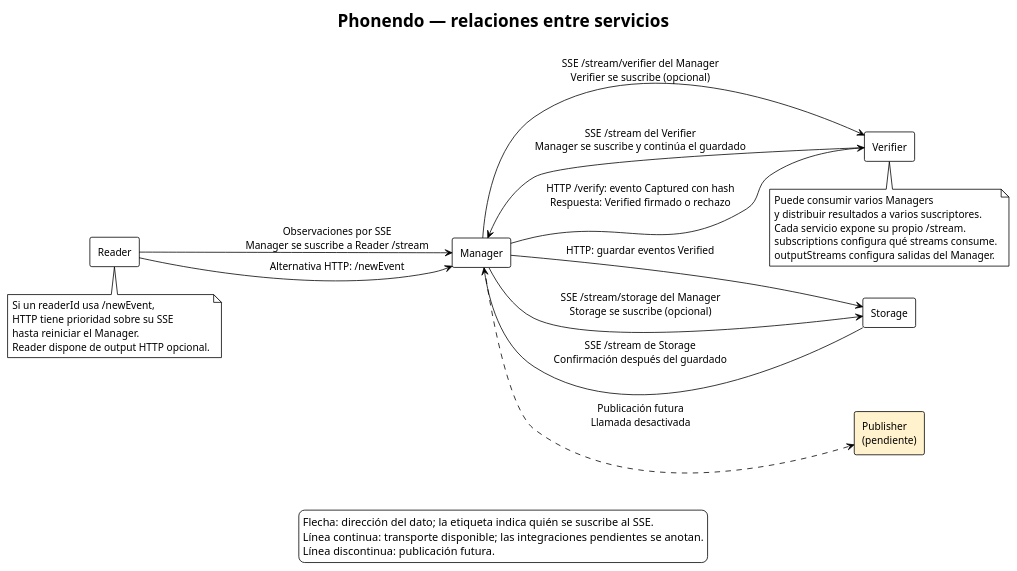
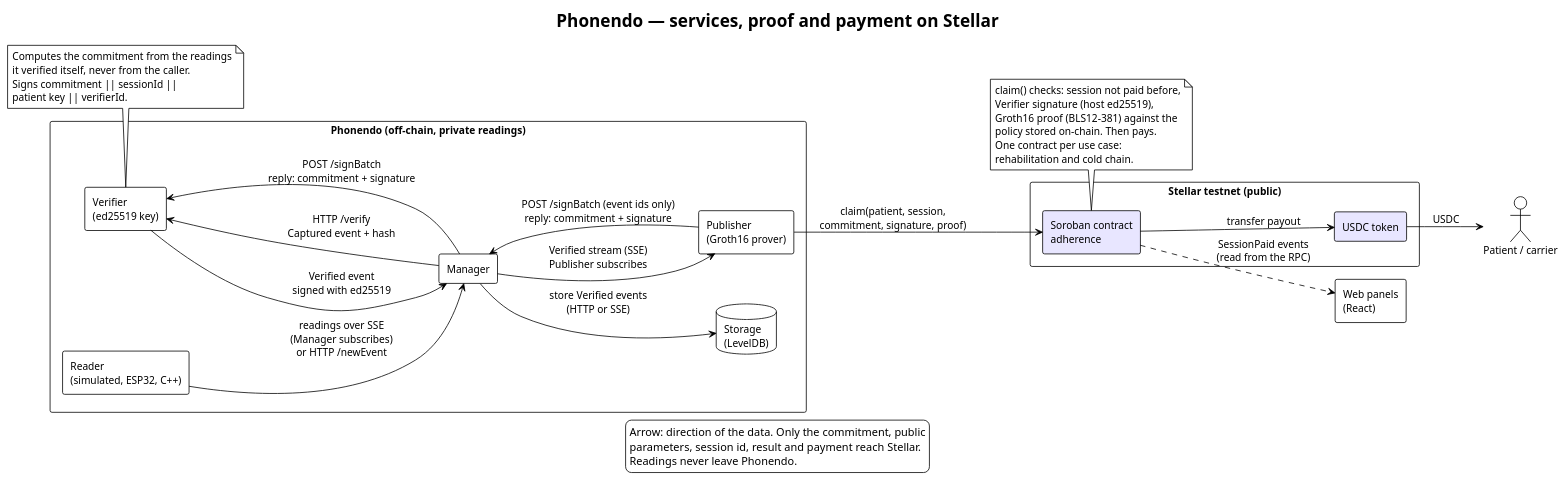
Before and after one commit to ParriCode/phonedo: the diagram in docs/phonendo.plantuml, drawn with PlantUML. The commit also changed 12 other files, not shown here.

Commit message:
Docs: diagrams with Publisher and Stellar, presentation in English and updated to 5-reading batches, overview.md removed

```diff
--- a/docs/phonendo.plantuml
+++ b/docs/phonendo.plantuml
@@ -1,45 +1,59 @@
 @startuml phonendo
 !theme plain
 left to right direction
 skinparam componentStyle rectangle
 skinparam shadowing false
 skinparam defaultFontSize 13
-title Phonendo — relaciones entre servicios
+skinparam packageStyle rectangle
+title Phonendo — services, proof and payment on Stellar
 
-component Reader as R
-component Manager as M
-component Verifier as V
-component Storage as S
-component "Publisher\n(pendiente)" as P #FFF2CC
+package "Phonendo (off-chain, private readings)" {
+  component "Reader\n(simulated, ESP32, C++)" as R
+  component Manager as M
+  component "Verifier\n(ed25519 key)" as V
+  database "Storage\n(LevelDB)" as S
+  component "Publisher\n(Groth16 prover)" as P
+}
 
-R --> M : Observaciones por SSE\nManager se suscribe a Reader /stream
-R --> M : Alternativa HTTP: /newEvent
-M --> V : HTTP /verify: evento Captured con hash\nRespuesta: Verified firmado o rechazo
-M --> V : SSE /stream/verifier del Manager\nVerifier se suscribe (opcional)
-V --> M : SSE /stream del Verifier\nManager se suscribe y continúa el guardado
-M --> S : HTTP: guardar eventos Verified
-M --> S : SSE /stream/storage del Manager\nStorage se suscribe (opcional)
-S --> M : SSE /stream de Storage\nConfirmación después del guardado
-M ..> P : Publicación futura\nLlamada desactivada
+package "Stellar testnet (public)" {
+  component "Soroban contract\nadherence" as C #E8E6FF
+  component "USDC token" as T #E8E6FF
+}
 
-note bottom of R
-  Si un readerId usa /newEvent,
-  HTTP tiene prioridad sobre su SSE
-  hasta reiniciar el Manager.
-  Reader dispone de output HTTP opcional.
+actor "Patient / carrier" as U
+component "Web panels\n(React)" as W
+
+R --> M : readings over SSE\n(Manager subscribes)\nor HTTP /newEvent
+M --> V : HTTP /verify\nCaptured event + hash
+V --> M : Verified event\nsigned with ed25519
+M --> S : store Verified events\n(HTTP or SSE)
+M --> P : Verified stream (SSE)\nPublisher subscribes
+P --> M : POST /signBatch (event ids only)\nreply: commitment + signature
+M --> V : POST /signBatch\nreply: commitment + signature
+P --> C : claim(patient, session,\ncommitment, signature, proof)
+C --> T : transfer payout
+T --> U : USDC
+C ..> W : SessionPaid events\n(read from the RPC)
+
+note bottom of V
+  Computes the commitment from the readings
+  it verified itself, never from the caller.
+  Signs commitment || sessionId ||
+  patient key || verifierId.
 end note
 
-note bottom of V
-  Puede consumir varios Managers
-  y distribuir resultados a varios suscriptores.
-  Cada servicio expone su propio /stream.
-  subscriptions configura qué streams consume.
-  outputStreams configura salidas del Manager.
+note bottom of C
+  claim() checks: session not paid before,
+  Verifier signature (host ed25519),
+  Groth16 proof (BLS12-381) against the
+  policy stored on-chain. Then pays.
+  One contract per use case:
+  rehabilitation and cold chain.
 end note
 
 legend bottom
-  Flecha: dirección del dato; la etiqueta indica quién se suscribe al SSE.
-  Línea continua: transporte disponible; las integraciones pendientes se anotan.
-  Línea discontinua: publicación futura.
+  Arrow: direction of the data. Only the commitment, public
+  parameters, session id, result and payment reach Stellar.
+  Readings never leave Phonendo.
 endlegend
 @enduml
```
